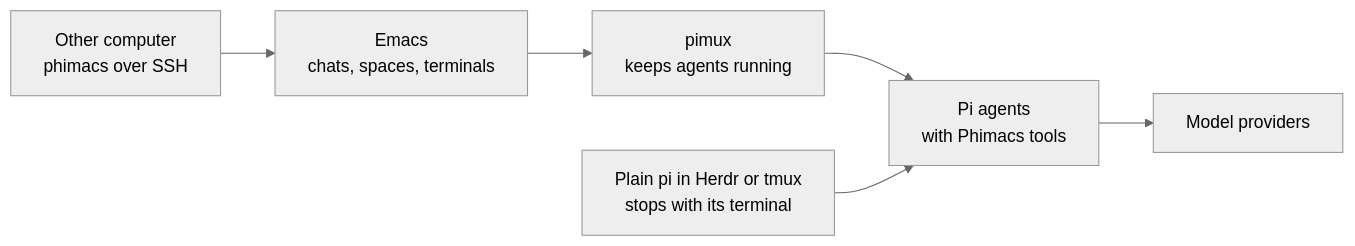
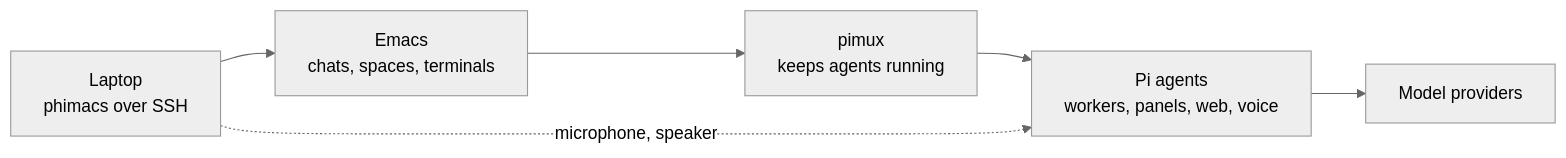
One commit to offline-ant/phimacs changed the diagram in README.md. Above: the diagram before and after it, drawn with Mermaid (neutral theme). The commit also changed other lines of this file and 1 other file, not shown here.

First line of the commit message:
docs: README centres on normal Emacs use; plain pi in one line

````diff
--- a/README.md
+++ b/README.md
@@ -87,8 +76,8 @@
 ```mermaid
 flowchart LR
-  laptop["Other computer<br/>phimacs over SSH"] --> emacs["Emacs<br/>chats, spaces, terminals"]
+  laptop["Laptop<br/>phimacs over SSH"] --> emacs["Emacs<br/>chats, spaces, terminals"]
   emacs --> pimux["pimux<br/>keeps agents running"]
-  pimux --> agents["Pi agents<br/>with Phimacs tools"]
-  tui["Plain pi in Herdr or tmux<br/>stops with its terminal"] --> agents
+  pimux --> agents["Pi agents<br/>workers, panels, web, voice"]
   agents --> models["Model providers"]
+  laptop -. "microphone, speaker" .-> agents
 ```
````
